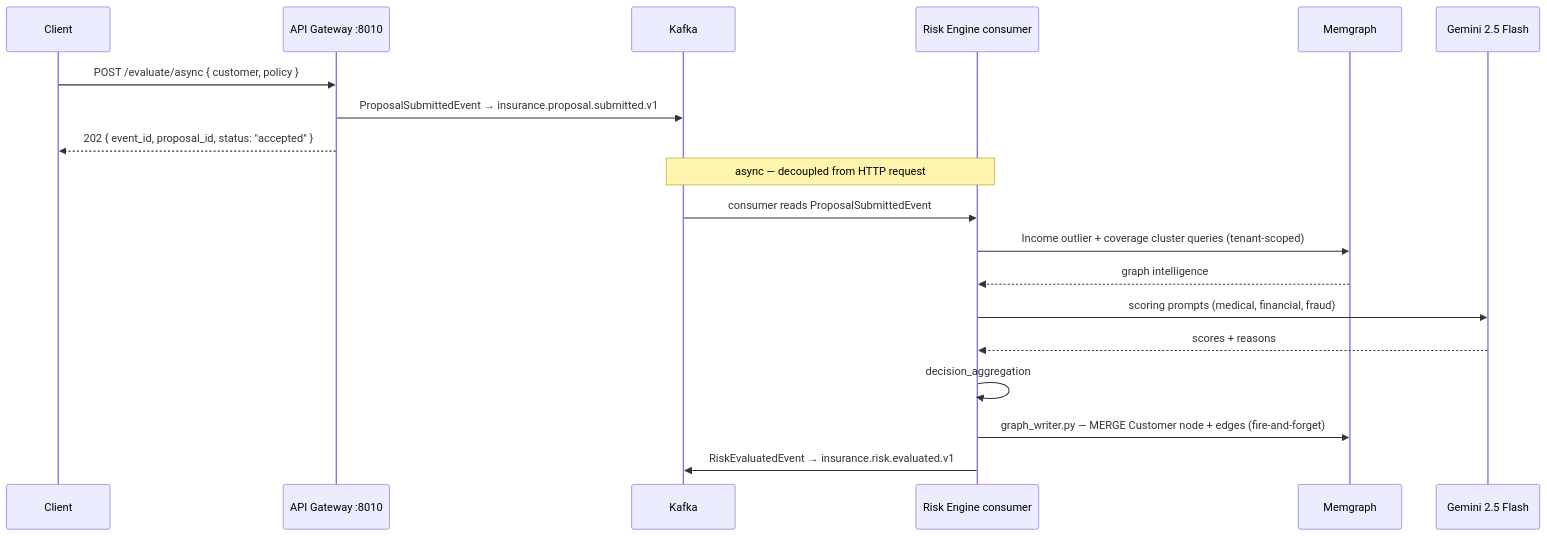
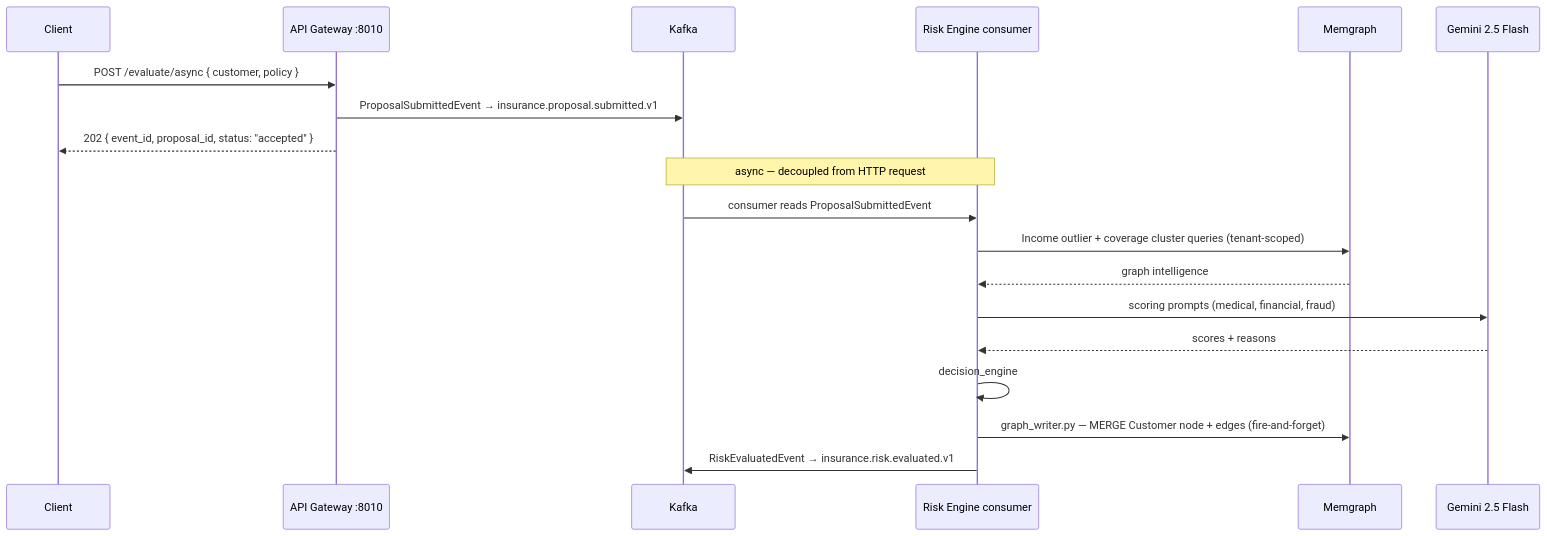
The third of 4 diagrams in docs/docs/data-flow.md (Nouman64-cat/insurance-ai), drawn with Mermaid before and after one commit. The commit also changed other lines of this file and 45 other files, not shown here.

````diff
--- a/docs/docs/data-flow.md
+++ b/docs/docs/data-flow.md
@@ -58,23 +88,23 @@
 ```mermaid
 sequenceDiagram
     participant C as Client
     participant GW as API Gateway :8010
     participant KF as Kafka
     participant RE as Risk Engine consumer
     participant MG as Memgraph
     participant LLM as Gemini 2.5 Flash
 
     C->>GW: POST /evaluate/async { customer, policy }
     GW->>KF: ProposalSubmittedEvent → insurance.proposal.submitted.v1
     GW-->>C: 202 { event_id, proposal_id, status: "accepted" }
 
     note over KF,RE: async — decoupled from HTTP request
     KF->>RE: consumer reads ProposalSubmittedEvent
     RE->>MG: Income outlier + coverage cluster queries (tenant-scoped)
     MG-->>RE: graph intelligence
     RE->>LLM: scoring prompts (medical, financial, fraud)
     LLM-->>RE: scores + reasons
-    RE->>RE: decision_aggregation
+    RE->>RE: decision_engine
     RE->>MG: graph_writer.py — MERGE Customer node + edges (fire-and-forget)
     RE->>KF: RiskEvaluatedEvent → insurance.risk.evaluated.v1
 ```
````
